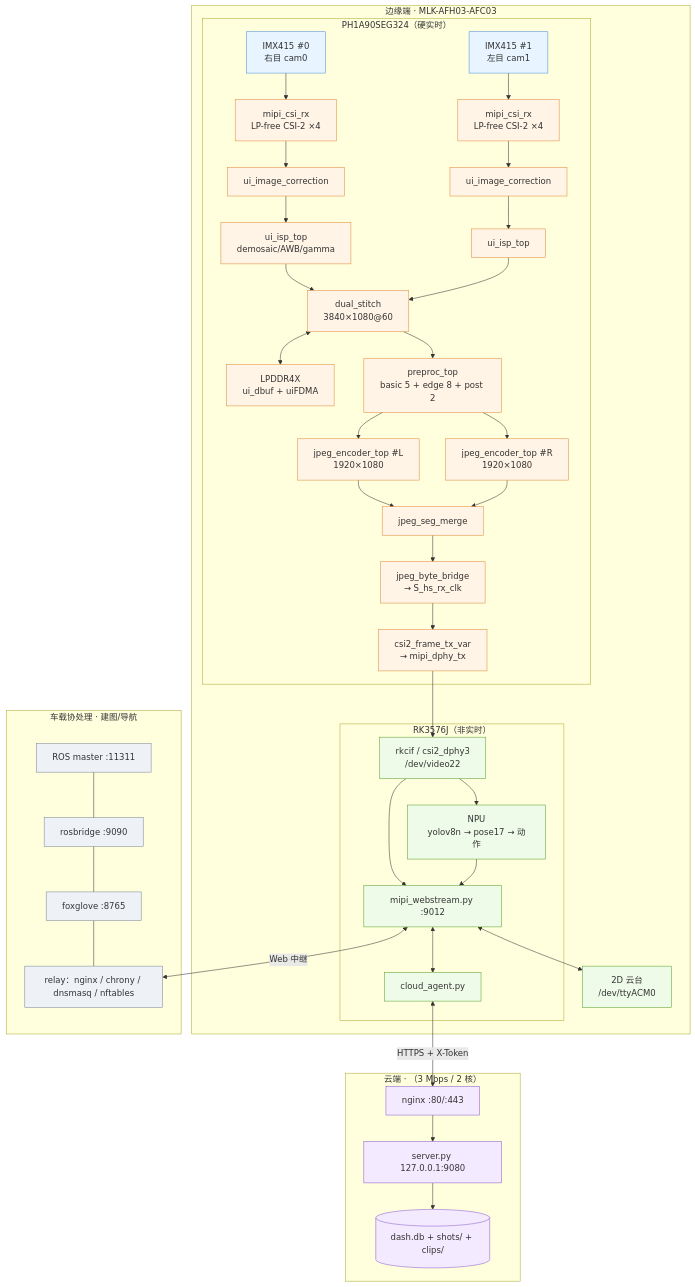
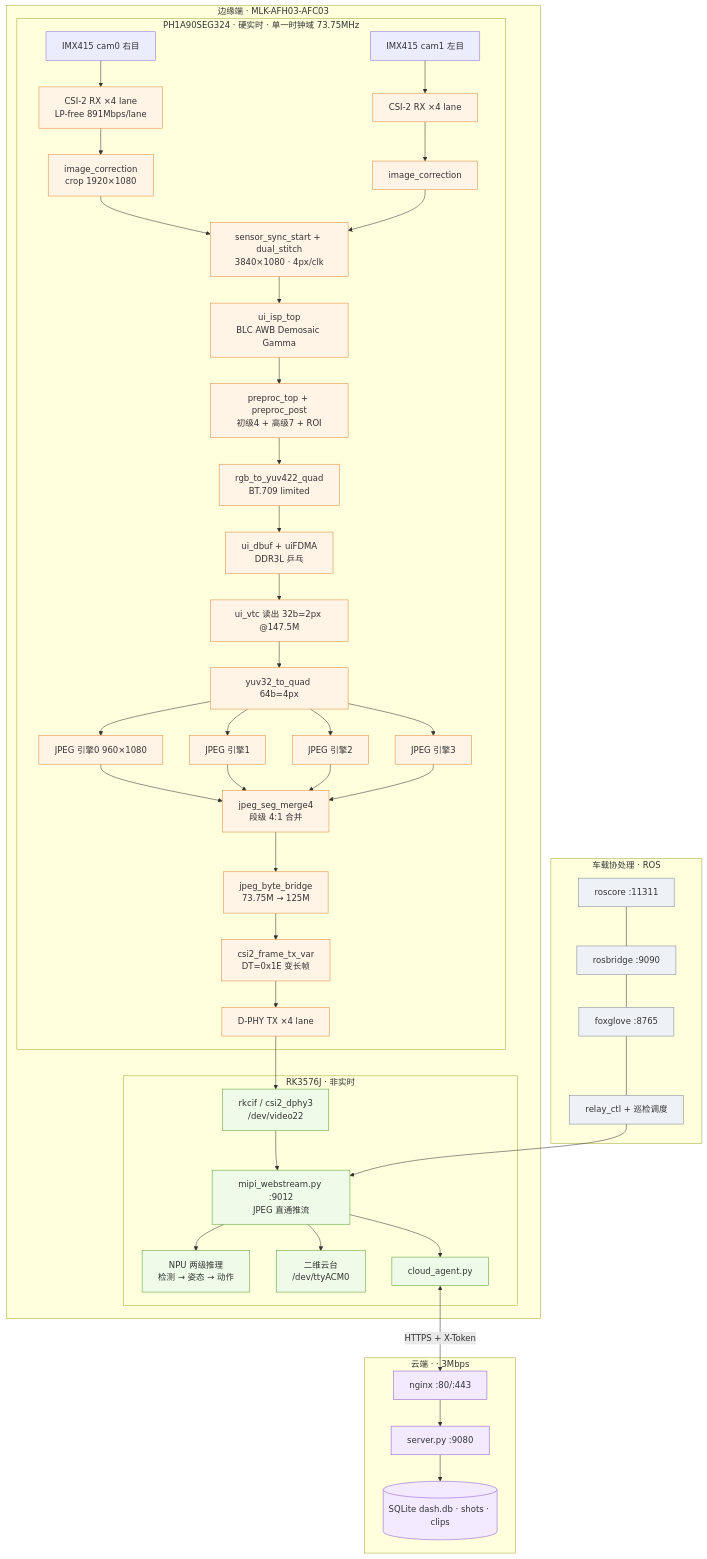
The first of 5 diagrams in README.md (SHIKE888/CPA-Cloud-Patrol-Alarm), drawn with Mermaid before and after one commit. The commit also changed other lines of this file and 13 other files, not shown here.

````diff
--- a/README.md
+++ b/README.md
@@ -24,50 +130,53 @@
 ```mermaid
 flowchart TB
     subgraph EDGE["边缘端 · MLK-AFH03-AFC03"]
-        subgraph FP["PH1A90SEG324（硬实时）"]
-            S0["IMX415 #0<br/>右目 cam0"]:::s --> RX0["mipi_csi_rx<br/>LP-free CSI-2 ×4"]:::f
-            S1["IMX415 #1<br/>左目 cam1"]:::s --> RX1["mipi_csi_rx<br/>LP-free CSI-2 ×4"]:::f
-            RX0 --> IC0["ui_image_correction"]:::f --> ISP0["ui_isp_top<br/>demosaic/AWB/gamma"]:::f
-            RX1 --> IC1["ui_image_correction"]:::f --> ISP1["ui_isp_top"]:::f
-            ISP0 --> ST["dual_stitch<br/>3840×1080@60"]:::f
-            ISP1 --> ST
-            ST <--> DDR["LPDDR4X<br/>ui_dbuf + uiFDMA"]:::f
-            ST --> PRE["preproc_top<br/>basic 5 + edge 8 + post 2"]:::f
-            PRE --> JL["jpeg_encoder_top #L<br/>1920×1080"]:::f
-            PRE --> JR["jpeg_encoder_top #R<br/>1920×1080"]:::f
-            JL --> MG["jpeg_seg_merge"]:::f
-            JR --> MG
-            MG --> JB["jpeg_byte_bridge<br/>→ S_hs_rx_clk"]:::f
-            JB --> TX["csi2_frame_tx_var<br/>→ mipi_dphy_tx"]:::f
+        subgraph FPGA["PH1A90SEG324 · 硬实时 · 单一时钟域 73.75MHz"]
+            S0["IMX415 cam0 右目"] --> RX0["CSI-2 RX ×4 lane<br/>LP-free 891Mbps/lane"]
+            S1["IMX415 cam1 左目"] --> RX1["CSI-2 RX ×4 lane"]
+            RX0 --> IC0["image_correction<br/>crop 1920×1080"]
+            RX1 --> IC1["image_correction"]
+            IC0 --> SYNC["sensor_sync_start + dual_stitch<br/>3840×1080 · 4px/clk"]
+            IC1 --> SYNC
+            SYNC --> ISP["ui_isp_top<br/>BLC AWB Demosaic Gamma"]
+            ISP --> PRE["preproc_top + preproc_post<br/>初级4 + 高级7 + ROI"]
+            PRE --> R2Y["rgb_to_yuv422_quad<br/>BT.709 limited"]
+            R2Y --> DBUF["ui_dbuf + uiFDMA<br/>DDR3L 乒乓"]
+            DBUF --> VTC["ui_vtc 读出 32b=2px @147.5M"]
+            VTC --> Q["yuv32_to_quad 64b=4px"]
+            Q --> E0["JPEG 引擎0 960×1080"]
+            Q --> E1["JPEG 引擎1"]
+            Q --> E2["JPEG 引擎2"]
+            Q --> E3["JPEG 引擎3"]
+            E0 --> MG["jpeg_seg_merge4<br/>段级 4:1 合并"]
+            E1 --> MG
+            E2 --> MG
+            E3 --> MG
+            MG --> BR["jpeg_byte_bridge<br/>73.75M → 125M"]
+            BR --> TX["csi2_frame_tx_var<br/>DT=0x1E 变长帧"]
+            TX --> PHY["D-PHY TX ×4 lane"]
         end
-        subgraph RK["RK3576J（非实时）"]
-            CIF["rkcif / csi2_dphy3<br/>/dev/video22"]:::r
-            WS["mipi_webstream.py :9012"]:::r
-            NPU["NPU<br/>yolov8n → pose17 → 动作"]:::r
-            AG["cloud_agent.py"]:::r
-            CIF --> WS
-            CIF --> NPU --> WS
-            WS <--> AG
+        subgraph RK["RK3576J · 非实时"]
+            CIF["rkcif / csi2_dphy3<br/>/dev/video22"] --> WS["mipi_webstream.py :9012<br/>JPEG 直通推流"]
+            WS --> NPU["NPU 两级推理<br/>检测 → 姿态 → 动作"]
+            WS --> GB["二维云台<br/>/dev/ttyACM0"]
+            WS --> AG["cloud_agent.py"]
         end
-        TX --> CIF
-        GB["2D 云台<br/>/dev/ttyACM0"]:::r
-        WS <--> GB
+        PHY --> CIF
     end
-    subgraph CLOUD["云端 · <SERVER_DOMAIN>（3 Mbps / 2 核）"]
-        NG["nginx :80/:443"]:::c --> SV["server.py 127.0.0.1:9080"]:::c --> DB[("dash.db + shots/ + clips/")]:::c
+    subgraph CAR["车载协处理 · ROS"]
+        RM["roscore :11311"] --- RB["rosbridge :9090"] --- FG["foxglove :8765"] --- RL["relay_ctl + 巡检调度"]
     end
-    subgraph ROBOT["车载协处理 · 建图/导航"]
-        RM["ROS master :11311"]:::o
-        RB["rosbridge :9090"]:::o
-        FG["foxglove :8765"]:::o
-        RL["relay：nginx / chrony / dnsmasq / nftables"]:::o
-        RM --- RB --- FG --- RL
+    subgraph CLOUD["云端 · <SERVER_DOMAIN> · 3Mbps"]
+        NG["nginx :80/:443"] --> SV["server.py :9080"] --> DB[("SQLite dash.db · shots · clips")]
     end
-    AG <-->|HTTPS + X-Token| NG
-    WS <-->|Web 中继| RL
-    classDef s fill:#e8f4ff,stroke:#4a90d9
-    classDef f fill:#fff4e6,stroke:#e08b3a
-    classDef r fill:#eefbe8,stroke:#5aa02c
-    classDef c fill:#f3eaff,stroke:#8e5bd0
-    classDef o fill:#eef2f7,stroke:#7b8794
+    RL --> WS
+    AG <-->|"HTTPS + X-Token"| NG
+    classDef fp fill:#fff4e6,stroke:#e08b3a
+    classDef rk fill:#eefbe8,stroke:#5aa02c
+    classDef cl fill:#f3eaff,stroke:#8e5bd0
+    classDef ro fill:#eef2f7,stroke:#7b8794
+    class RX0,RX1,IC0,IC1,SYNC,ISP,PRE,R2Y,DBUF,VTC,Q,E0,E1,E2,E3,MG,BR,TX,PHY fp
+    class CIF,WS,NPU,GB,AG rk
+    class NG,SV,DB cl
+    class RM,RB,FG,RL ro
 ```
````
